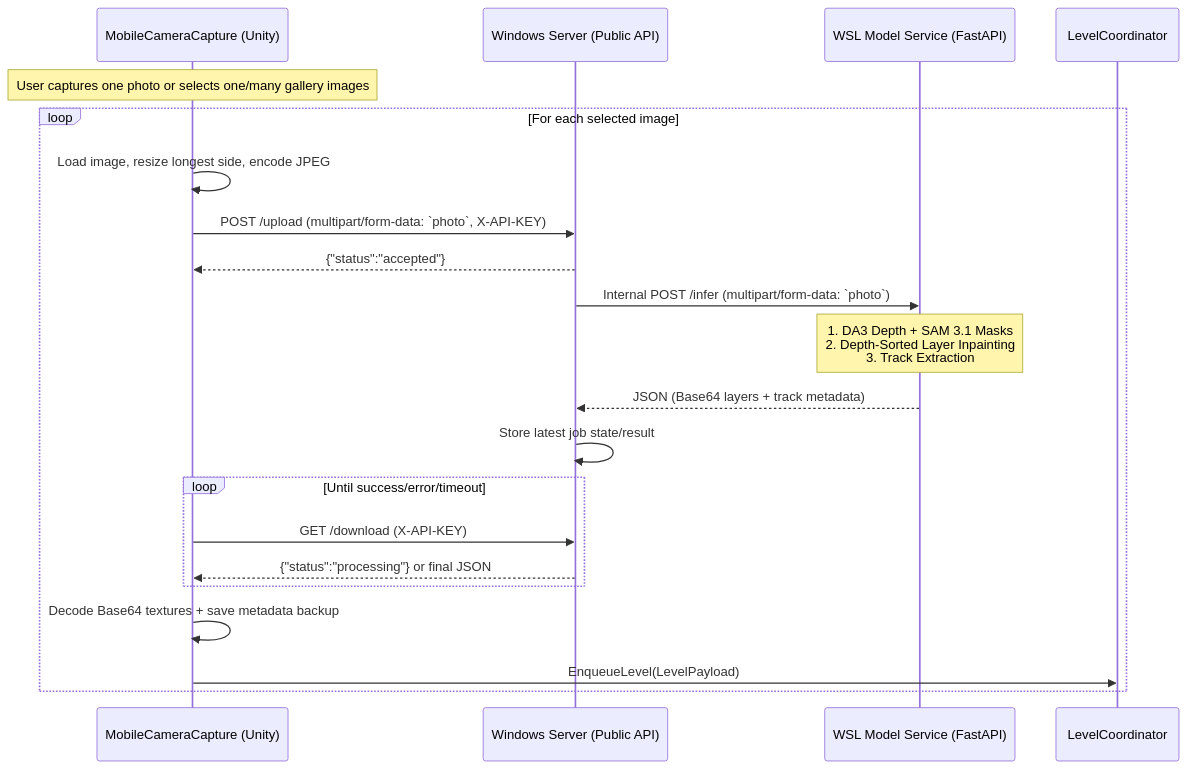
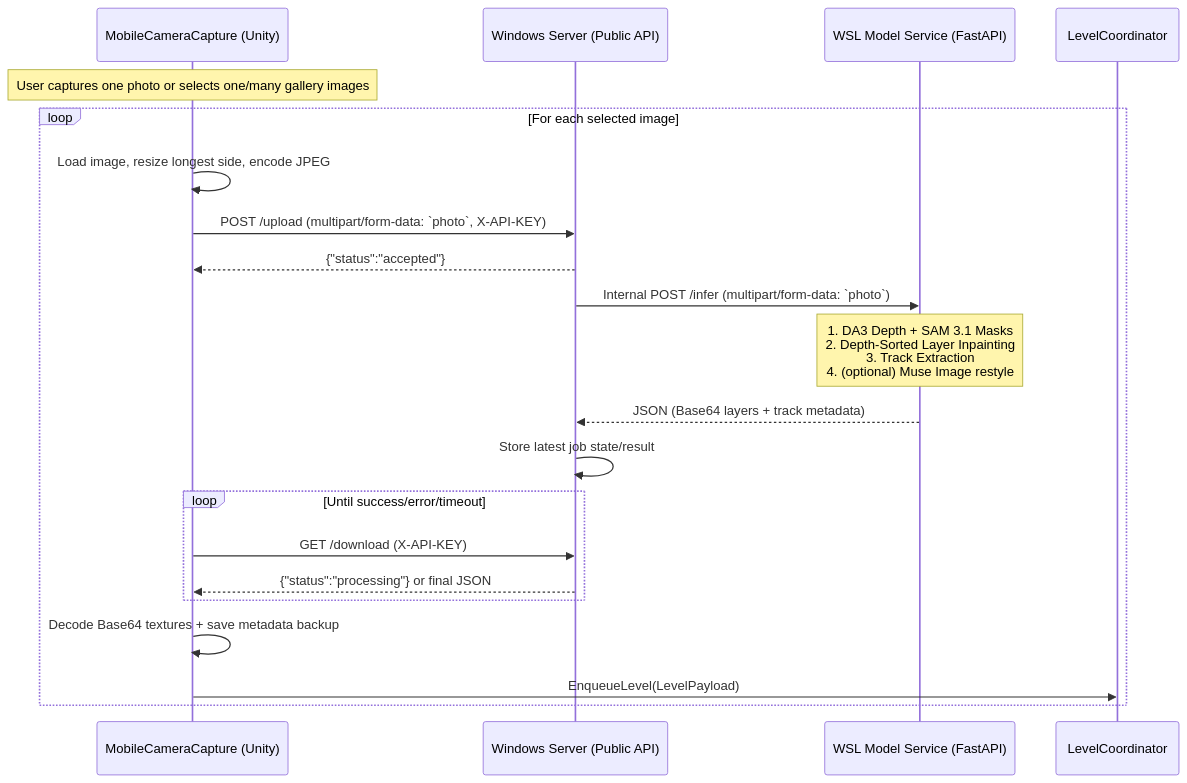
The diagram in README.md (ryder1018/skateboard-META), drawn with Mermaid before and after one commit. The commit also changed other lines of this file and 28 other files, not shown here.

First line of the commit message:
Add Muse Image styles and background fill, skater, Unity style picker

````diff
--- a/README.md
+++ b/README.md
@@ -45,26 +45,26 @@
 ```mermaid
 sequenceDiagram
     participant Mobile as MobileCameraCapture (Unity)
     participant Win as Windows Server (Public API)
     participant WSL as WSL Model Service (FastAPI)
     participant Level as LevelCoordinator
 
     Note over Mobile: User captures one photo or selects one/many gallery images
     loop For each selected image
         Mobile->>Mobile: Load image, resize longest side, encode JPEG
         Mobile->>Win: POST /upload (multipart/form-data: `photo`, X-API-KEY)
         Win-->>Mobile: {"status":"accepted"}
         Win->>WSL: Internal POST /infer (multipart/form-data: `photo`)
 
-        Note over WSL: 1. DA3 Depth + SAM 3.1 Masks<br/>2. Depth-Sorted Layer Inpainting<br/>3. Track Extraction
+        Note over WSL: 1. DA3 Depth + SAM 3.1 Masks<br/>2. Depth-Sorted Layer Inpainting<br/>3. Track Extraction<br/>4. (optional) Muse Image restyle
 
         WSL-->>Win: JSON (Base64 layers + track metadata)
         Win->>Win: Store latest job state/result
         loop Until success/error/timeout
             Mobile->>Win: GET /download (X-API-KEY)
             Win-->>Mobile: {"status":"processing"} or final JSON
         end
         Mobile->>Mobile: Decode Base64 textures + save metadata backup
         Mobile->>Level: EnqueueLevel(LevelPayload)
     end
 ```
````
